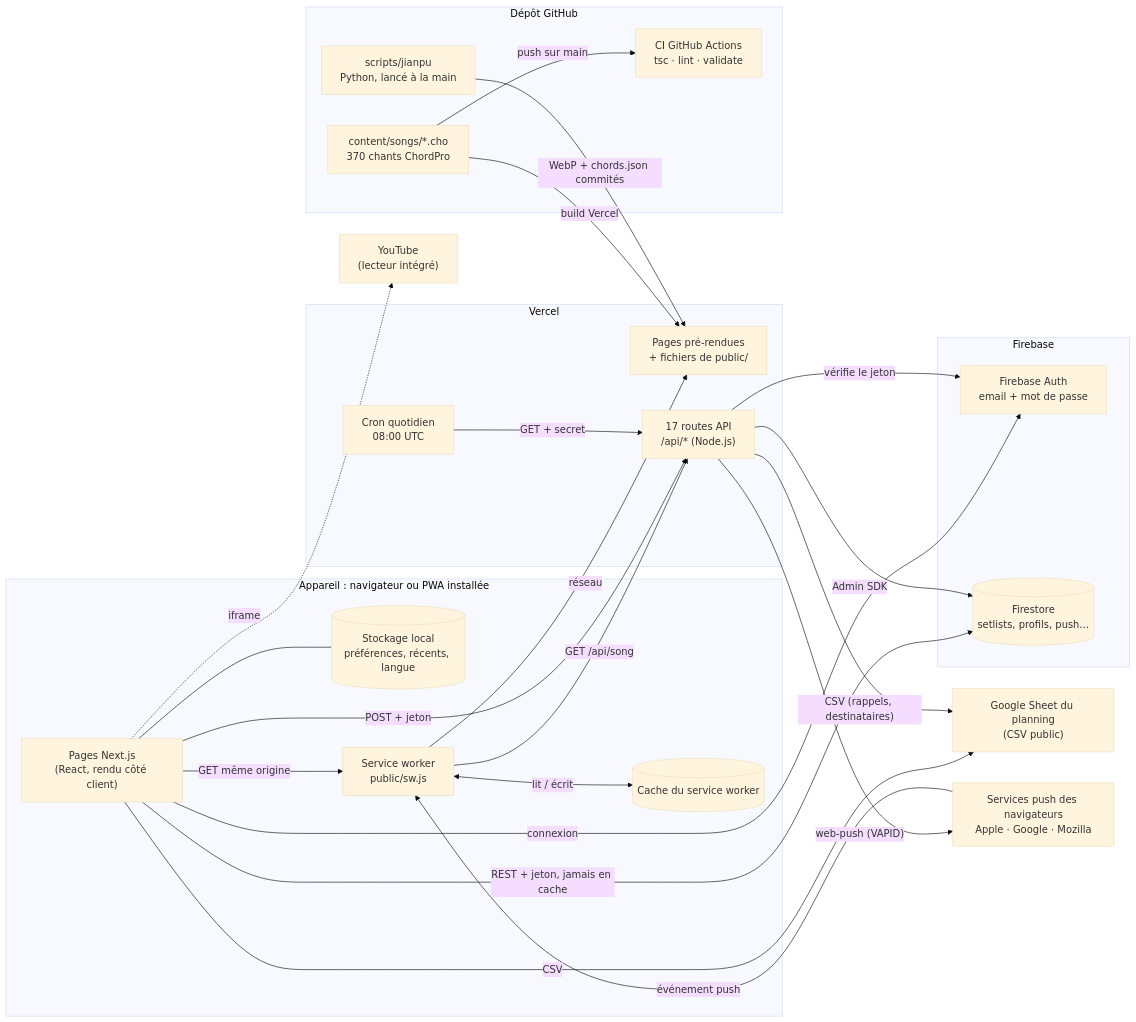
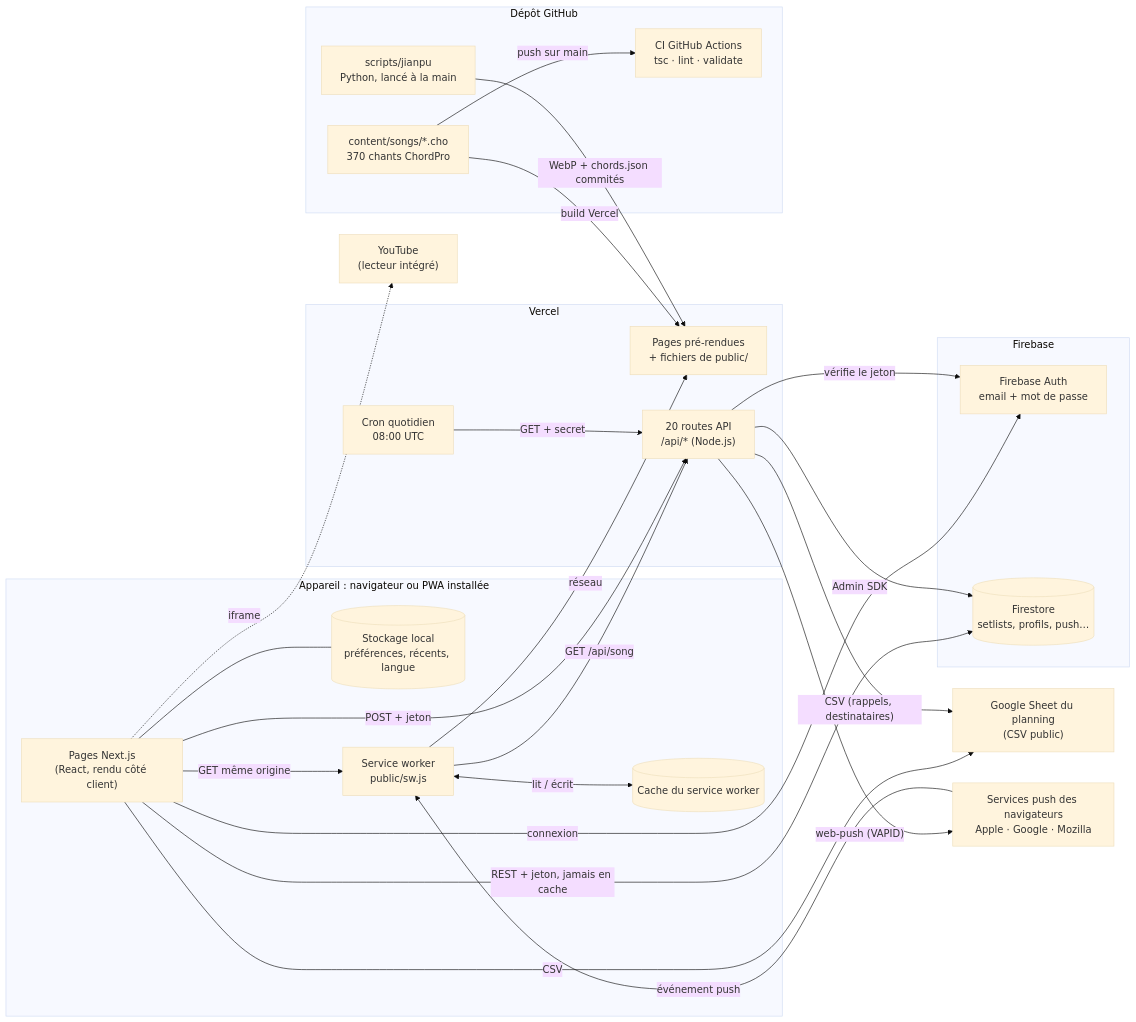
Before and after one commit to gcccfranco/GCC: the first of 27 diagrams in docs/ARCHITECTURE.md, drawn with Mermaid (base theme). The commit also changed other lines of this file and 17 other files, not shown here.

````diff
--- a/docs/ARCHITECTURE.md
+++ b/docs/ARCHITECTURE.md
@@ -41,50 +41,50 @@
 ```mermaid
 flowchart LR
   subgraph APPAREIL["Appareil : navigateur ou PWA installée"]
     UI["Pages Next.js<br/>(React, rendu côté client)"]
     LS[("Stockage local<br/>préférences, récents, langue")]
     SW["Service worker<br/>public/sw.js"]
     CACHE[("Cache du service worker")]
   end
 
   subgraph VERCEL["Vercel"]
     STATIC["Pages pré-rendues<br/>+ fichiers de public/"]
-    API["17 routes API<br/>/api/* (Node.js)"]
+    API["20 routes API<br/>/api/* (Node.js)"]
     CRON["Cron quotidien<br/>08:00 UTC"]
   end
 
   subgraph FIREBASE["Firebase"]
     AUTH["Firebase Auth<br/>email + mot de passe"]
     FS[("Firestore<br/>setlists, profils, push…")]
   end
 
   SHEET["Google Sheet du planning<br/>(CSV public)"]
   PUSHSRV["Services push des navigateurs<br/>Apple · Google · Mozilla"]
   YT["YouTube<br/>(lecteur intégré)"]
 
   subgraph DEPOT["Dépôt GitHub"]
     CHO["content/songs/*.cho<br/>370 chants ChordPro"]
     JPY["scripts/jianpu<br/>Python, lancé à la main"]
     CI["CI GitHub Actions<br/>tsc · lint · validate"]
   end
 
   UI -->|"GET même origine"| SW
   SW <-->|"lit / écrit"| CACHE
   SW -->|"réseau"| STATIC
   SW -->|"GET /api/song"| API
   UI --- LS
   UI -->|"REST + jeton, jamais en cache"| FS
   UI -->|"connexion"| AUTH
   UI -->|"POST + jeton"| API
   UI -->|"CSV"| SHEET
   UI -.->|"iframe"| YT
   API -->|"Admin SDK"| FS
   API -->|"vérifie le jeton"| AUTH
   API -->|"web-push (VAPID)"| PUSHSRV
   PUSHSRV -->|"événement push"| SW
   CRON -->|"GET + secret"| API
   API -->|"CSV (rappels, destinataires)"| SHEET
   CHO -->|"build Vercel"| STATIC
   JPY -->|"WebP + chords.json commités"| STATIC
   CHO -->|"push sur main"| CI
 ```
````
